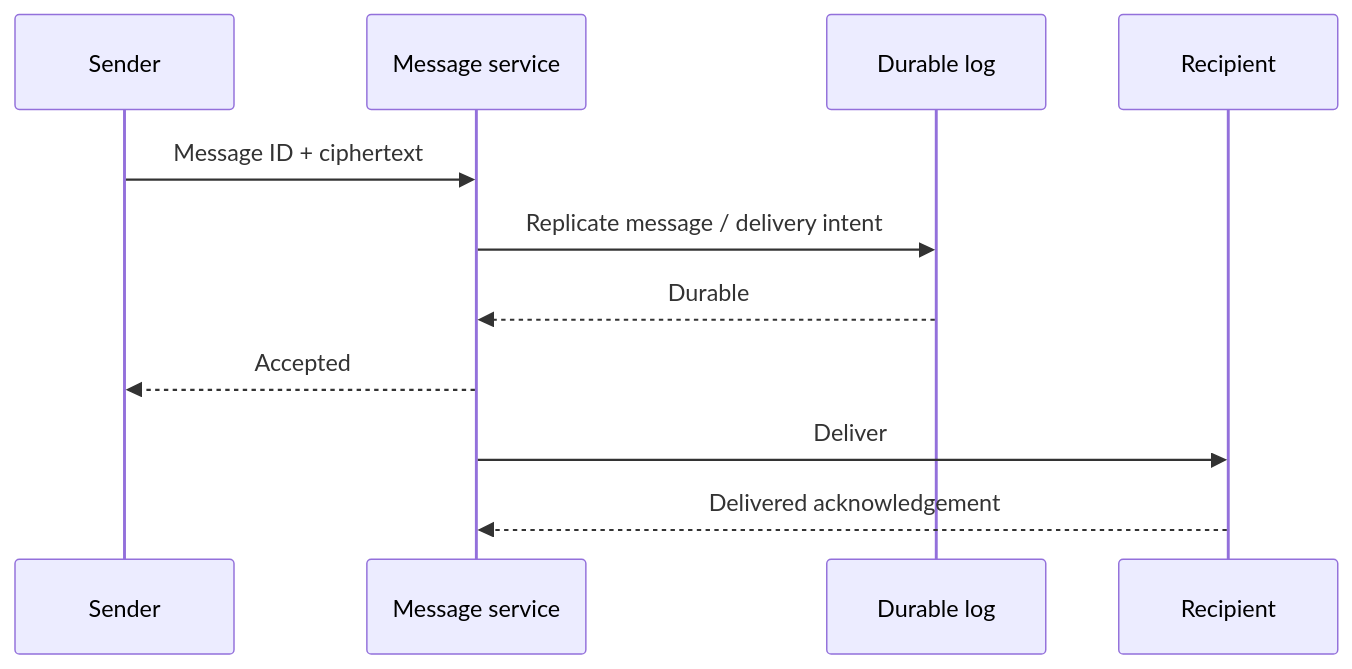
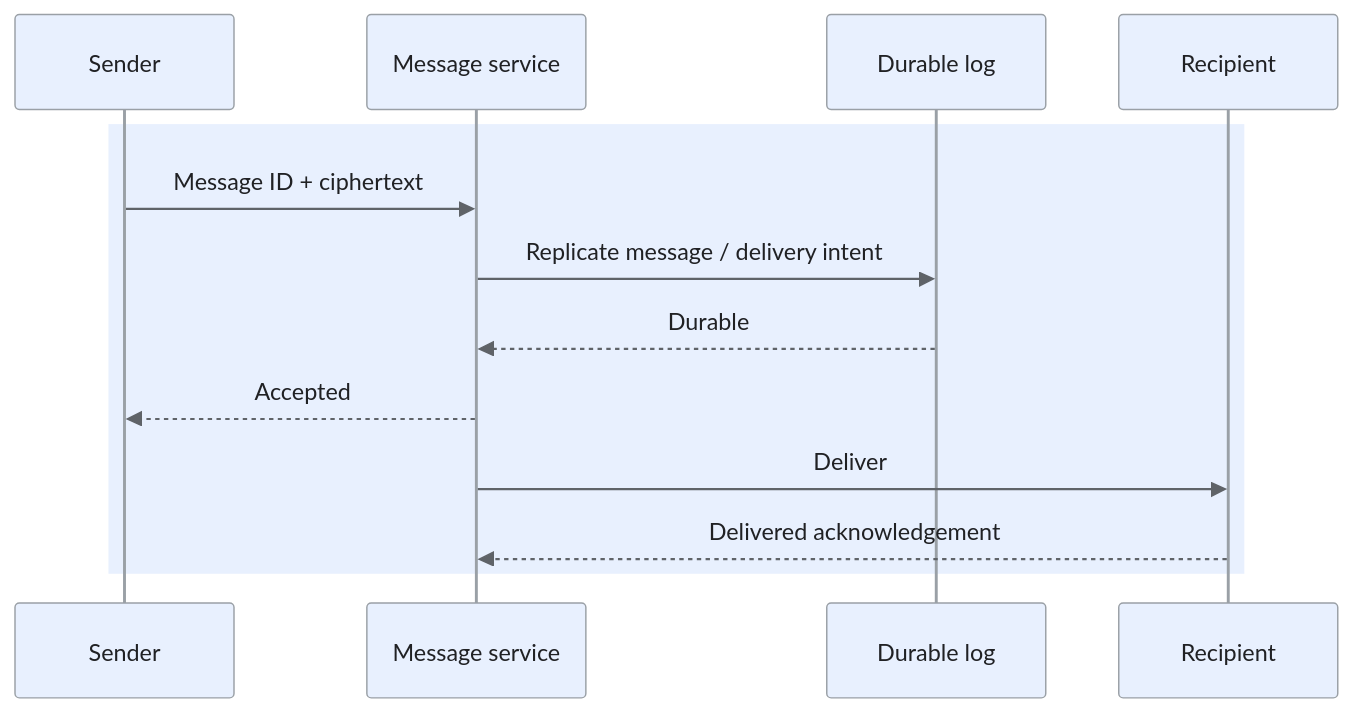
The fourth of 5 diagrams in _designs/system-design-whatsapp.md (iliazlobin/iliazlobin.github.io), drawn with Mermaid before and after one commit. The commit also changed other lines of this file and 131 other files, not shown here.

````diff
--- a/_designs/system-design-whatsapp.md
+++ b/_designs/system-design-whatsapp.md
@@ -190,13 +277,17 @@
 ```mermaid
+%%{init: {'theme':'base','themeVariables':{'primaryColor':'#e8f0fe','primaryTextColor':'#202124','primaryBorderColor':'#9aa0a6','lineColor':'#5f6368','secondaryColor':'#e6f4ea','tertiaryColor':'#fef7e0','actorBkg':'#e8f0fe','actorBorder':'#9aa0a6','actorTextColor':'#202124','noteBkgColor':'#fef7e0','noteTextColor':'#202124','noteBorderColor':'#9aa0a6','signalColor':'#5f6368','signalTextColor':'#202124','labelBoxBkgColor':'#fef7e0','labelBoxBorderColor':'#9aa0a6'}}}%%
 sequenceDiagram
   participant S as Sender
   participant M as Message service
   participant D as Durable log
   participant R as Recipient
+  rect rgb(232, 240, 254)
   S->>M: Message ID + ciphertext
   M->>D: Replicate message / delivery intent
   D-->>M: Durable
   M-->>S: Accepted
   M->>R: Deliver
   R-->>M: Delivered acknowledgement
+  end
+
 ```
````
